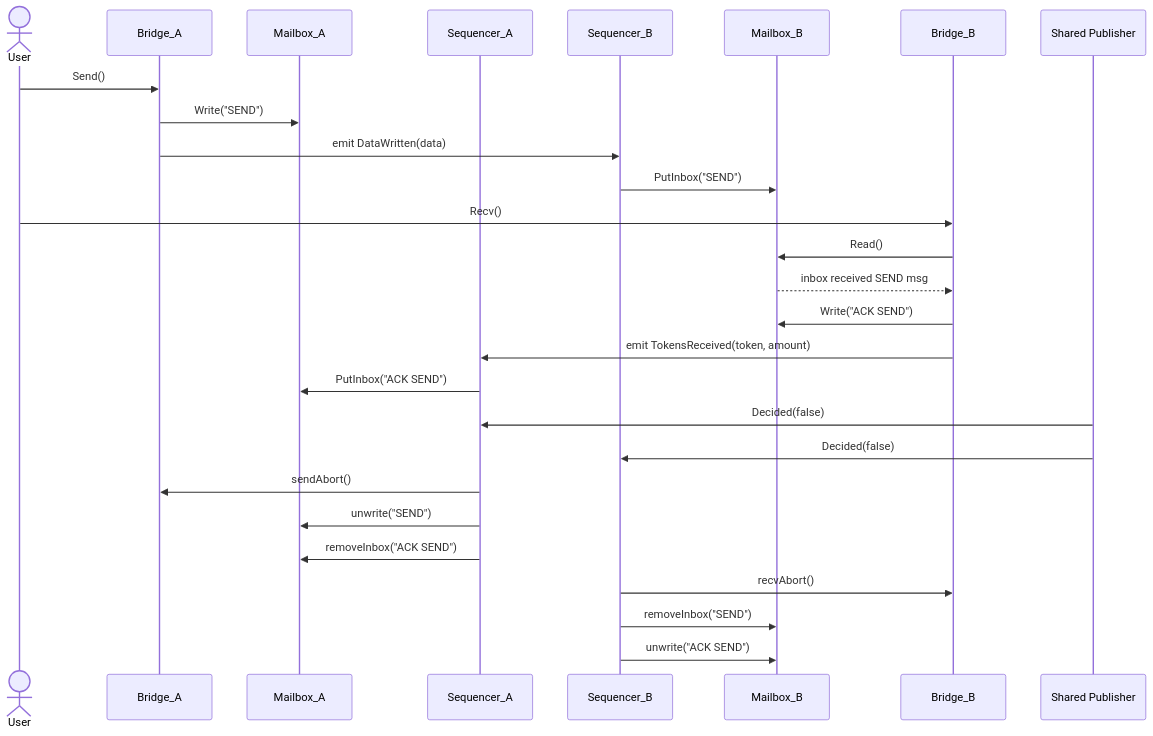
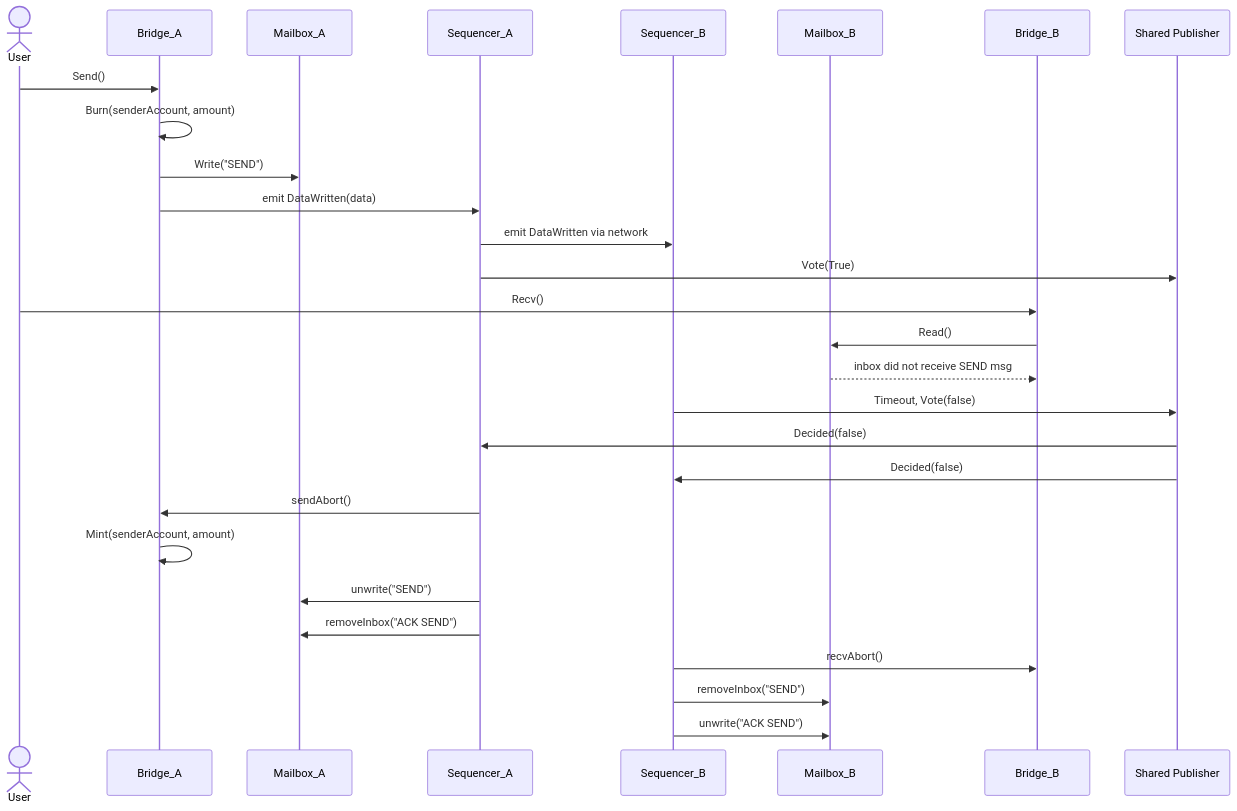
One commit to mariovmendes/contracts changed the second of 2 diagrams in INTERLEAVED_BRIDGE.md. Above: the diagram before and after it, drawn with Mermaid. The commit also changed other lines of this file, not shown here.

Commit message:
Update to INTERLEAVED_BRIDGE.md based on feedback

````diff
--- a/INTERLEAVED_BRIDGE.md
+++ b/INTERLEAVED_BRIDGE.md
@@ -84,30 +91,31 @@
 ```mermaid
 sequenceDiagram
     actor User
     participant BA as Bridge_A
     participant MA as Mailbox_A
     participant SA as Sequencer_A
     participant SB as Sequencer_B
     participant MR as Mailbox_B
     participant BR as Bridge_B
     participant SP as Shared Publisher
     
     User ->> BA: Send()
+    BA ->> BA: Burn(senderAccount, amount)
     BA ->> MA: Write("SEND")
-    BA->>SB:emit DataWritten(data);
-    SB ->> MR: PutInbox("SEND")
+    BA->>SA:emit DataWritten(data);
+    SA->>SB: emit DataWritten via network
+    SA ->> SP: Vote(True)
     User ->> BR: Recv()
     BR->>MR: Read()
-    MR-->>BR: inbox received  SEND msg
-    BR->>MR: Write("ACK SEND")
-    BR->>SA:emit TokensReceived(token, amount)
-    SA->>MA: PutInbox("ACK SEND")
+    MR-->>BR: inbox did not receive SEND msg
+    SB->>SP: Timeout, Vote(false)
     SP ->> SA: Decided(false)
     SP ->> SB: Decided(false)
     SA ->> BA:  sendAbort()
+    BA ->> BA: Mint(senderAccount, amount)
     SA ->> MA:  unwrite("SEND")
     SA ->> MA:  removeInbox("ACK SEND")
     SB ->> BR:  recvAbort()
     SB ->> MR: removeInbox("SEND")
     SB ->> MR:  unwrite("ACK SEND")
 ```
````
